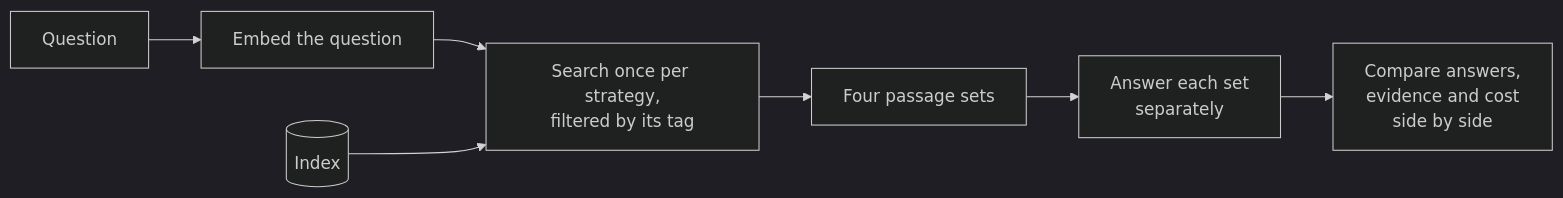
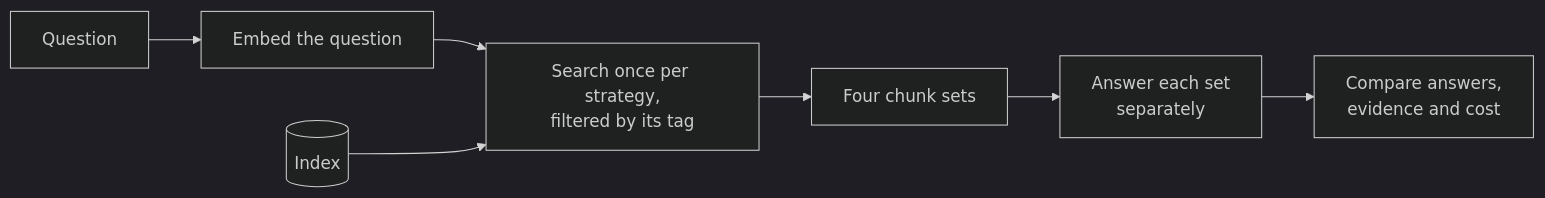
One commit to jjaaxx44/genai-personal-lab-rag changed the sixth of 6 diagrams in app/demos/rag/chunking/README.md. Above: the diagram before and after it, drawn with Mermaid (dark theme). The commit also changed other lines of this file and 32 other files, not shown here.

````diff
--- a/app/demos/rag/chunking/README.md
+++ b/app/demos/rag/chunking/README.md
@@ -123,9 +105,9 @@
 ```mermaid
 flowchart LR
   Q["Question"] --> E["Embed the question"]
   E --> S["Search once per strategy,<br/>filtered by its tag"]
   D[("Index")] --> S
-  S --> P["Four passage sets"]
+  S --> P["Four chunk sets"]
   P --> L["Answer each set<br/>separately"]
-  L --> C["Compare answers,<br/>evidence and cost<br/>side by side"]
+  L --> C["Compare answers,<br/>evidence and cost"]
 ```
````
